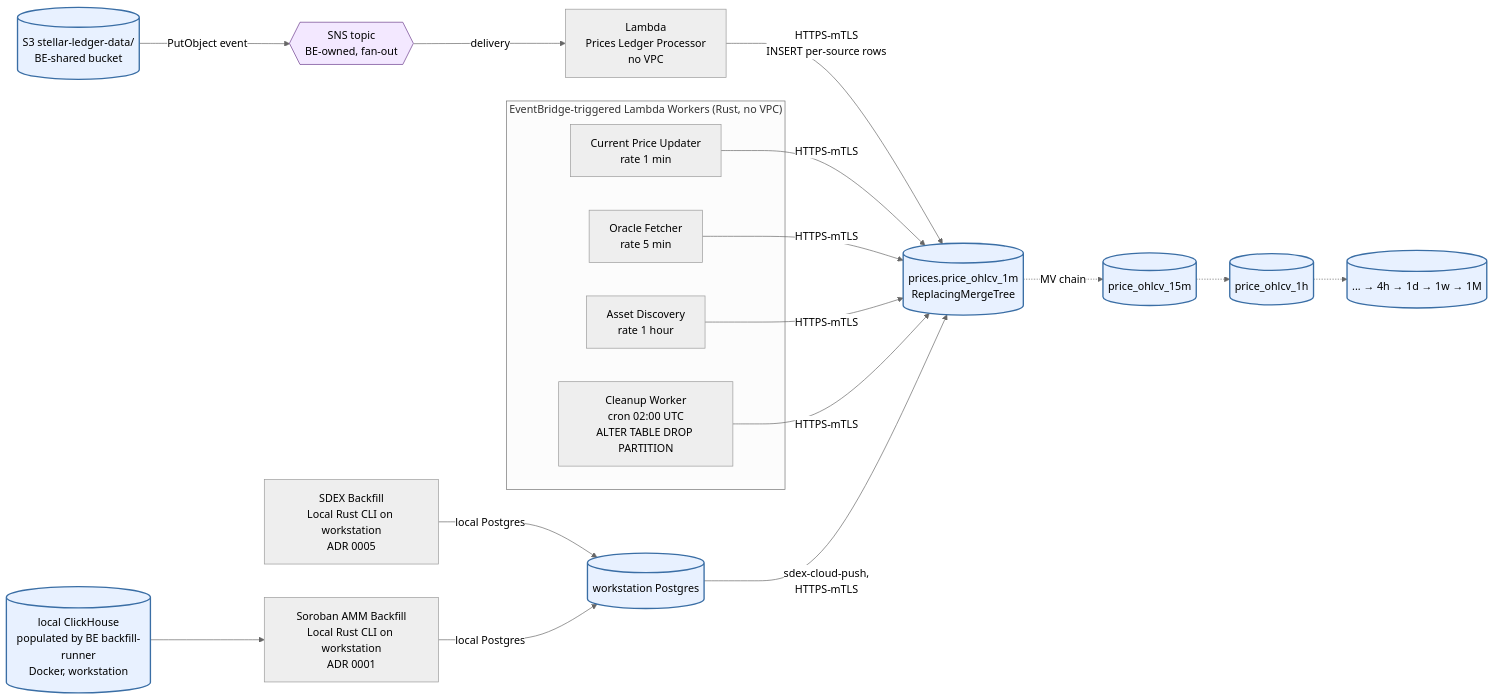
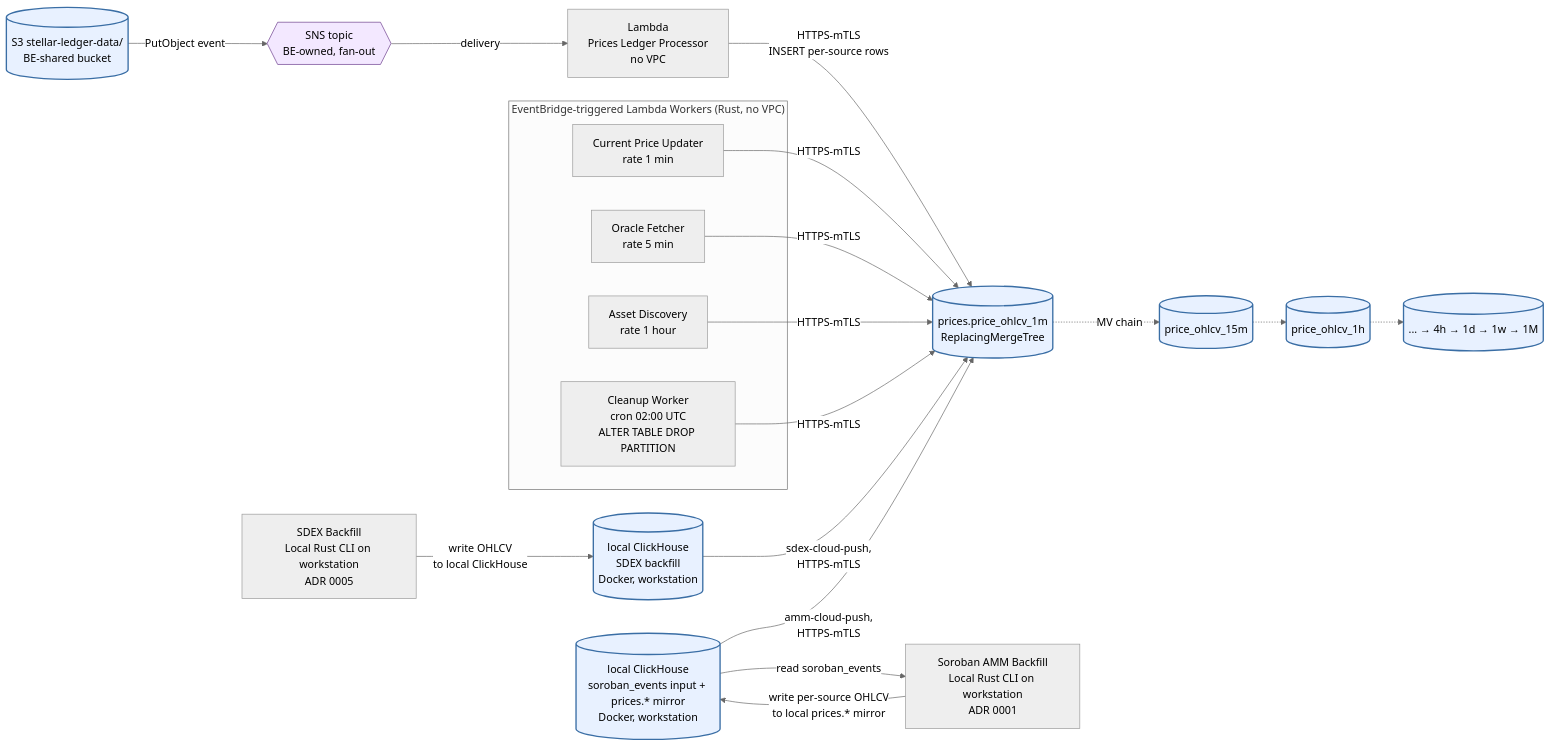
The second of 13 diagrams in docs/database-schema/database-schema-overview.md (rumblefishdev/stellar-prices-api), drawn with Mermaid (neutral theme) before and after one commit. The commit also changed other lines of this file and 1 other file, not shown here.

First line of the commit message:
docs: align overview docs to CH-mirror backfill and single-bundle mTLS

````diff
--- a/docs/database-schema/database-schema-overview.md
+++ b/docs/database-schema/database-schema-overview.md
@@ -97,31 +97,32 @@
 ```mermaid
 flowchart LR
     S3[(S3 stellar-ledger-data/<br/>BE-shared bucket)] -->|PutObject event| SNS{{SNS topic<br/>BE-owned, fan-out}}
     SNS -->|delivery| PLP[Lambda<br/>Prices Ledger Processor<br/>no VPC]
     PLP -->|HTTPS-mTLS<br/>INSERT per-source rows| CH[(prices.price_ohlcv_1m<br/>ReplacingMergeTree)]
     CH -.->|MV chain| CH15[(price_ohlcv_15m)]
     CH15 -.-> CH1h[(price_ohlcv_1h)]
     CH1h -.-> CHRollups[(... → 4h → 1d → 1w → 1M)]
 
     subgraph EB["EventBridge-triggered Lambda Workers (Rust, no VPC)"]
         CPU[Current Price Updater<br/>rate 1 min]
         Oracle[Oracle Fetcher<br/>rate 5 min]
         AD[Asset Discovery<br/>rate 1 hour]
         Cleanup[Cleanup Worker<br/>cron 02:00 UTC<br/>ALTER TABLE DROP PARTITION]
     end
 
     CPU -->|HTTPS-mTLS| CH
     Oracle -->|HTTPS-mTLS| CH
     AD -->|HTTPS-mTLS| CH
     Cleanup -->|HTTPS-mTLS| CH
 
-    BFsdex[SDEX Backfill<br/>Local Rust CLI on workstation<br/>ADR 0005] -->|local Postgres| LPG[(workstation Postgres)]
-    BFamm[Soroban AMM Backfill<br/>Local Rust CLI on workstation<br/>ADR 0001] -->|local Postgres| LPG
-    LPG -->|sdex-cloud-push,<br/>HTTPS-mTLS| CH
-    LCH[(local ClickHouse<br/>populated by BE backfill-runner<br/>Docker, workstation)] --> BFamm
+    BFsdex[SDEX Backfill<br/>Local Rust CLI on workstation<br/>ADR 0005] -->|write OHLCV<br/>to local ClickHouse| LCHsdex[(local ClickHouse<br/>SDEX backfill<br/>Docker, workstation)]
+    LCHsdex -->|sdex-cloud-push,<br/>HTTPS-mTLS| CH
+    LCH[(local ClickHouse<br/>soroban_events input + prices.* mirror<br/>Docker, workstation)] -->|read soroban_events| BFamm[Soroban AMM Backfill<br/>Local Rust CLI on workstation<br/>ADR 0001]
+    BFamm -->|write per-source OHLCV<br/>to local prices.* mirror| LCH
+    LCH -->|amm-cloud-push,<br/>HTTPS-mTLS| CH
 
     classDef store fill:#e8f1ff,stroke:#3a6ea5,stroke-width:2px;
     classDef external fill:#f3e8ff,stroke:#6a3a8a,stroke-width:1px;
-    class CH,CH15,CH1h,CHRollups,S3,LPG,LCH store;
+    class CH,CH15,CH1h,CHRollups,S3,LCHsdex,LCH store;
     class SNS external;
 ```
````
